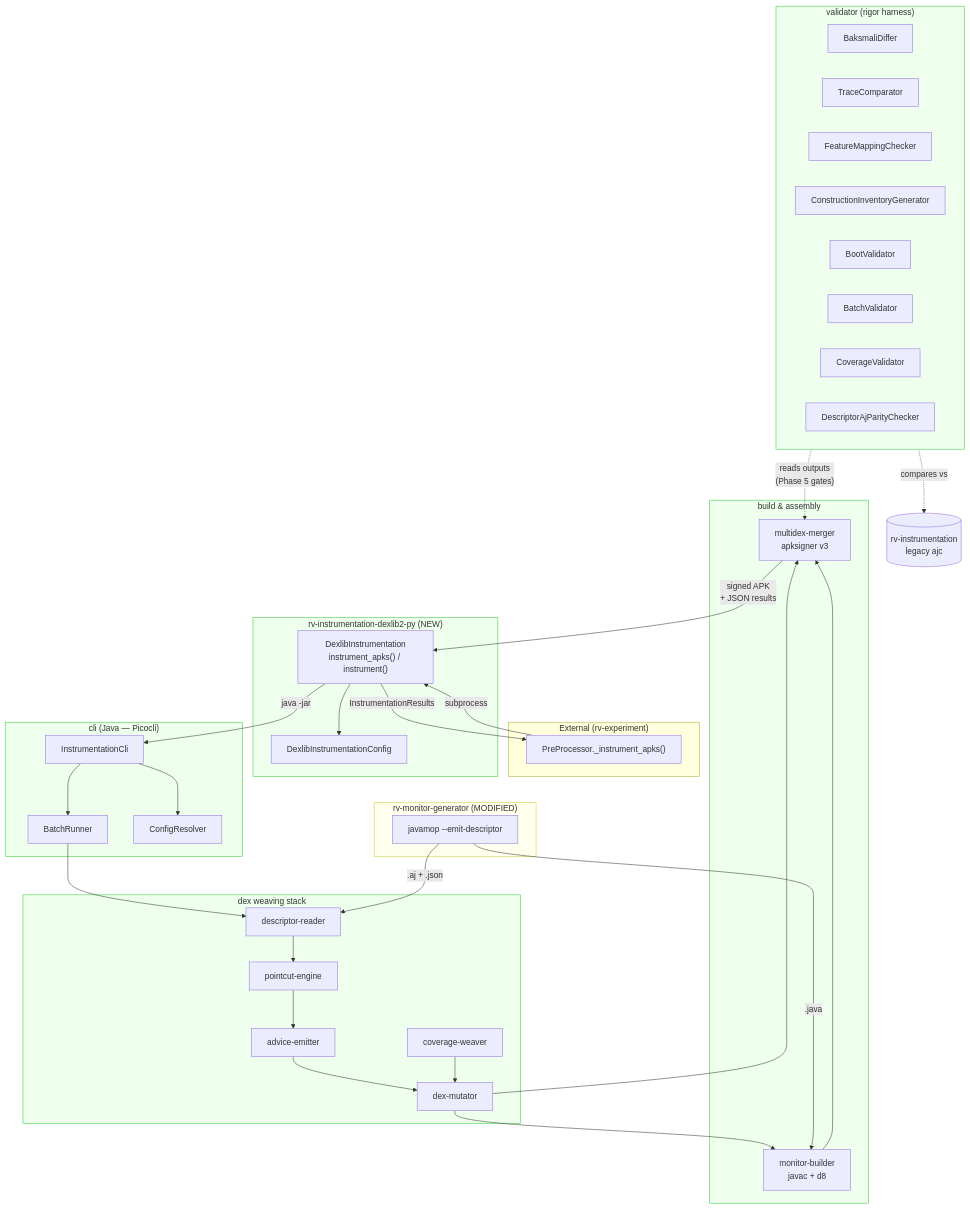
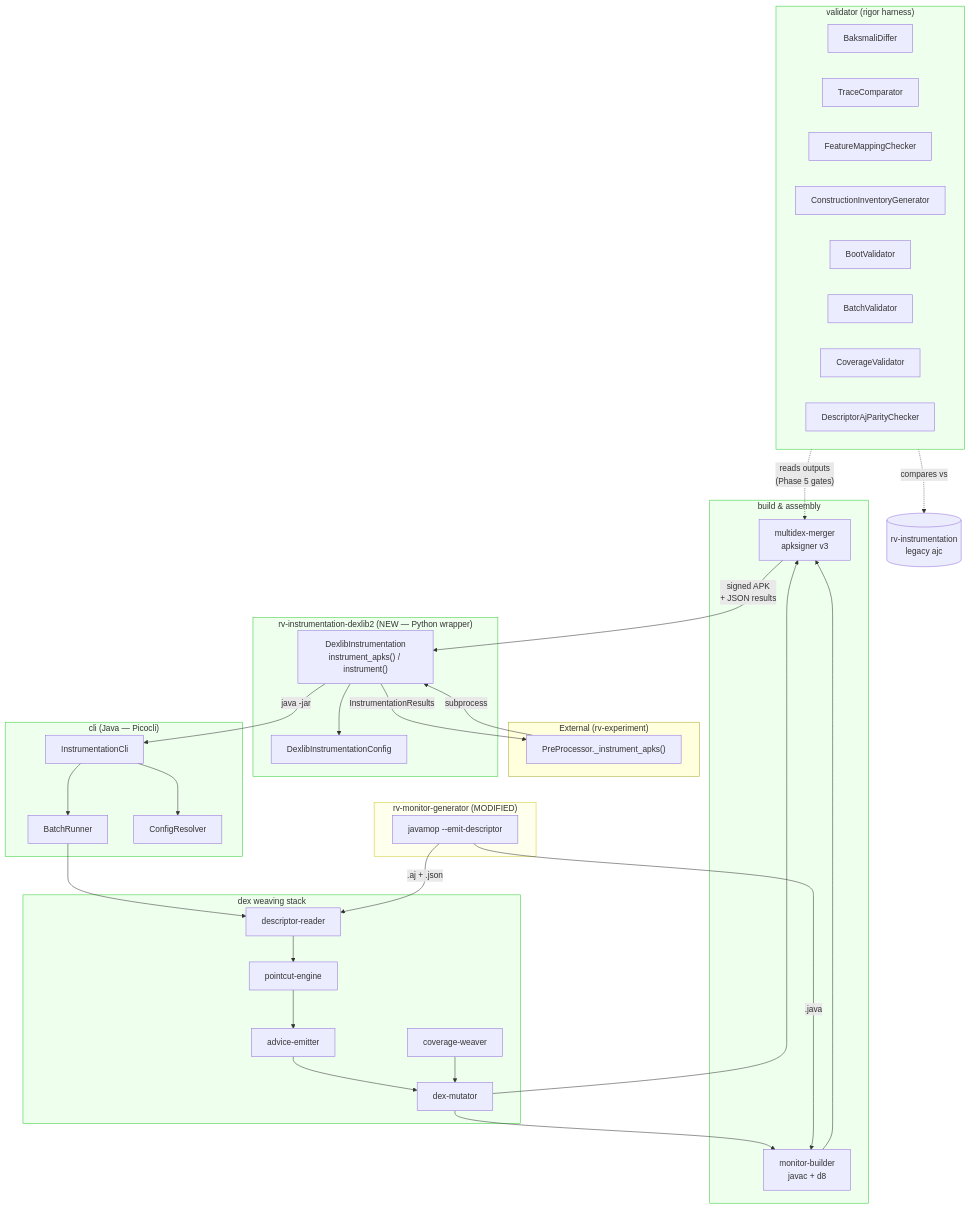
One commit to PAMunb/rvsec changed the first of 6 diagrams in rv-android/openspec/changes/gh52-instr-dexlib2/design.md. Above: the diagram before and after it, drawn with Mermaid. The commit also changed other lines of this file and 17 other files, not shown here.

````diff
--- a/rv-android/openspec/changes/gh52-instr-dexlib2/design.md
+++ b/rv-android/openspec/changes/gh52-instr-dexlib2/design.md
@@ -19,72 +19,72 @@
 ```mermaid
 flowchart TB
     subgraph EXT["External (rv-experiment)"]
         EXP["PreProcessor._instrument_apks()"]
     end
 
-    subgraph PY["rv-instrumentation-dexlib2-py (NEW)"]
+    subgraph PY["rv-instrumentation-dexlib2 (NEW — Python wrapper)"]
         DI["DexlibInstrumentation<br/>instrument_apks() / instrument()"]
         PYC[DexlibInstrumentationConfig]
     end
 
     subgraph CLI["cli (Java — Picocli)"]
         ICLI[InstrumentationCli]
         BR[BatchRunner]
         CR[ConfigResolver]
     end
 
     subgraph WEAVER["dex weaving stack"]
         DR[descriptor-reader]
         PE[pointcut-engine]
         AE[advice-emitter]
         DM[dex-mutator]
         CW[coverage-weaver]
     end
 
     subgraph BUILD["build & assembly"]
         MB[monitor-builder<br/>javac + d8]
         MM[multidex-merger<br/>apksigner v3]
     end
 
     subgraph VAL["validator (rigor harness)"]
         BD[BaksmaliDiffer]
         TC[TraceComparator]
         FMC[FeatureMappingChecker]
         CIG[ConstructionInventoryGenerator]
         BV[BootValidator]
         BTV[BatchValidator]
         CV[CoverageValidator]
         DPC[DescriptorAjParityChecker]
     end
 
     subgraph GEN["rv-monitor-generator (MODIFIED)"]
         JM[javamop --emit-descriptor]
     end
 
     EXP -->|subprocess| DI
     DI --> PYC
     DI -->|java -jar| ICLI
     ICLI --> CR
     ICLI --> BR
     BR --> DR
     DR --> PE
     PE --> AE
     AE --> DM
     CW --> DM
     DM --> MB
     DM --> MM
     MB --> MM
     MM -->|signed APK<br/>+ JSON results| DI
     DI -->|InstrumentationResults| EXP
 
     JM -->|".aj + .json"| DR
     JM -->|".java"| MB
 
     VAL -.->|"reads outputs<br/>(Phase 5 gates)"| MM
     VAL -.->|"compares vs"| LEGACY[("rv-instrumentation<br/>legacy ajc")]
 
     classDef new fill:#efe,stroke:#3c3
     classDef changed fill:#ffe,stroke:#cc3
     class PY,CLI,WEAVER,BUILD,VAL new
     class GEN changed
 ```
````
